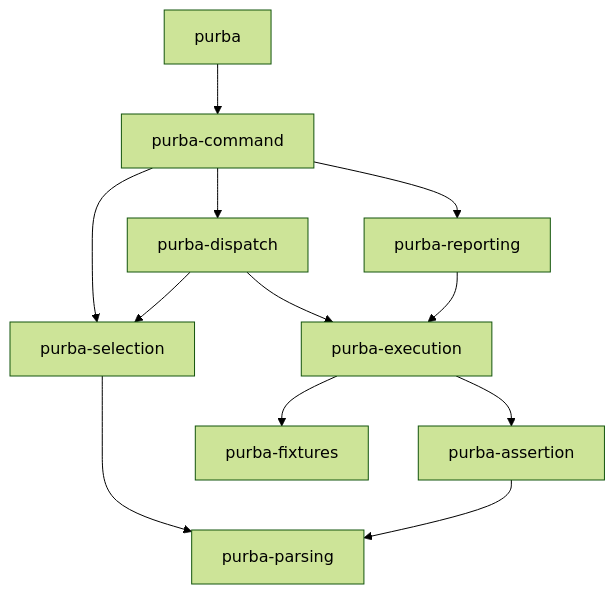
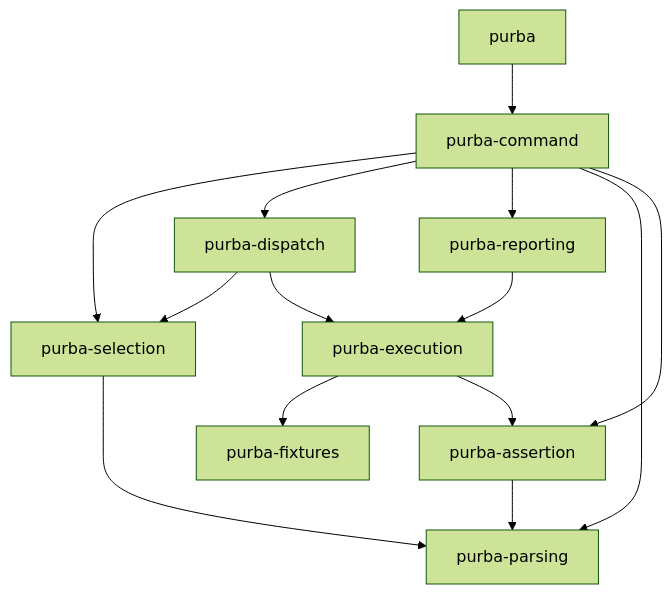
One commit to kalonji-tools/purba changed the diagram in docs/decisions/each-part-is-a-crate.md. Above: the diagram before and after it, drawn with Mermaid (forest theme). The commit also changed 2 other files, not shown here.

Commit message:
docs: draw command's arrows to parsing and assertion (#580)
The seam record had parsing hold the source text of an assert. Parsing
keeps nothing once it returns a module, so assertion's rewrite copies
the text from the module that command lends it.

````diff
--- a/docs/decisions/each-part-is-a-crate.md
+++ b/docs/decisions/each-part-is-a-crate.md
@@ -42,14 +42,16 @@
 ```mermaid
 flowchart TD
   purba --> purba-command
   purba-command --> purba-selection
   purba-command --> purba-dispatch
   purba-command --> purba-reporting
+  purba-command --> purba-parsing
+  purba-command --> purba-assertion
   purba-selection --> purba-parsing
   purba-assertion --> purba-parsing
   purba-dispatch --> purba-selection
   purba-dispatch --> purba-execution
   purba-execution --> purba-fixtures
   purba-execution --> purba-assertion
   purba-reporting --> purba-execution
 ```
````
